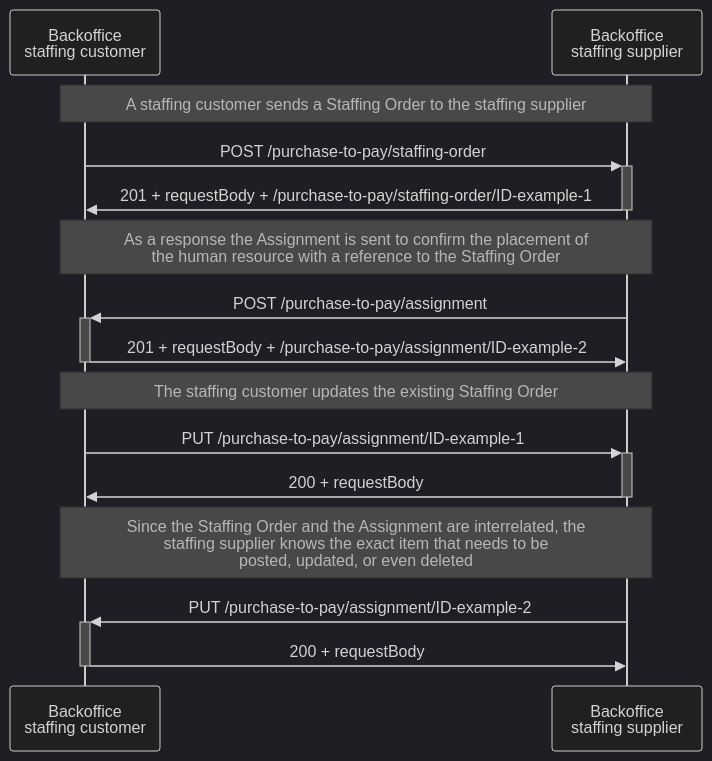
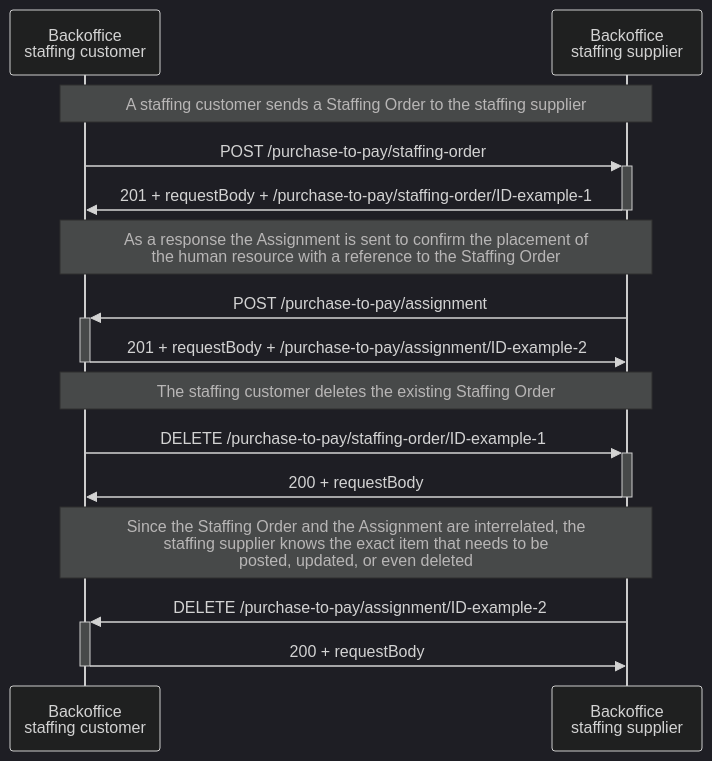
Before and after one commit to setu-standards/documentation: the fourth of 5 diagrams in app/docs/API Specification/purchase-to-pay/processes.md, drawn with Mermaid (dark theme). The commit also changed other lines of this file and 3 other files, not shown here.

````diff
--- a/app/docs/API Specification/purchase-to-pay/processes.md
+++ b/app/docs/API Specification/purchase-to-pay/processes.md
@@ -188,22 +188,22 @@
 ```mermaid
 sequenceDiagram
     participant Customer as Backoffice <br/> staffing customer
     participant Supplier as Backoffice <br/> staffing supplier
     
     Note over Customer,Supplier: A staffing customer sends a Staffing Order to the staffing supplier
     Customer ->>+ Supplier: POST /purchase-to-pay/staffing-order
     Supplier ->>- Customer: 201 + requestBody + /purchase-to-pay/staffing-order/ID-example-1
 
     Note over Customer,Supplier: As a response the Assignment is sent to confirm the placement of <br/> the human resource with a reference to the Staffing Order
     Supplier ->>+ Customer: POST /purchase-to-pay/assignment
     Customer ->>- Supplier: 201 + requestBody + /purchase-to-pay/assignment/ID-example-2
 
-    Note over Customer,Supplier: The staffing customer updates the existing Staffing Order 
-    Customer ->>+ Supplier: PUT /purchase-to-pay/assignment/ID-example-1
+    Note over Customer,Supplier: The staffing customer deletes the existing Staffing Order 
+    Customer ->>+ Supplier: DELETE /purchase-to-pay/staffing-order/ID-example-1
     Supplier ->>- Customer: 200 + requestBody 
 
     Note over Customer,Supplier: Since the Staffing Order and the Assignment are interrelated, the <br/> staffing supplier knows the exact item that needs to be <br/> posted, updated, or even deleted
-    Supplier ->>+ Customer: PUT /purchase-to-pay/assignment/ID-example-2
+    Supplier ->>+ Customer: DELETE /purchase-to-pay/assignment/ID-example-2
     Customer ->>- Supplier: 200 + requestBody 
 
 ```
````
